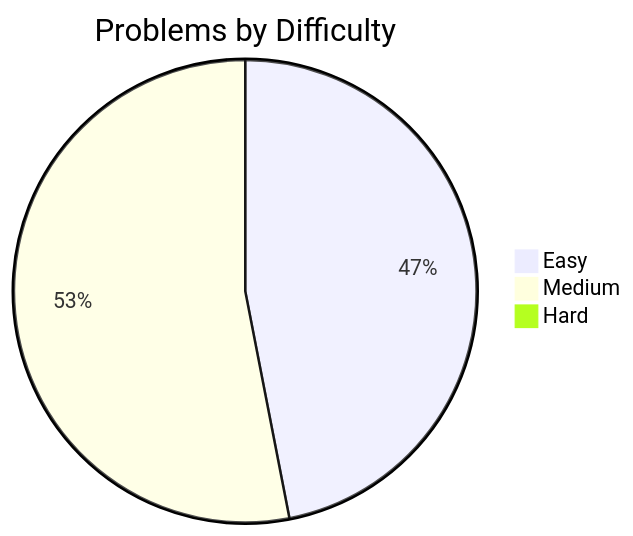
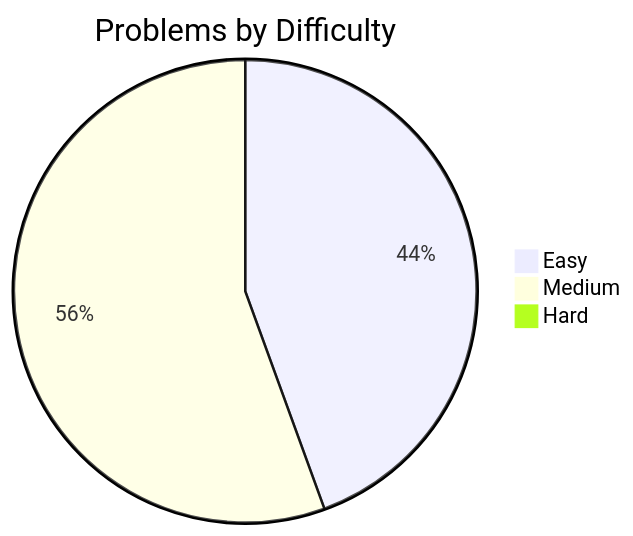
The first of 2 diagrams in readme.md (Jasjeet-Singh-S/100-days-DSA), drawn with Mermaid before and after one commit. The commit also changed other lines of this file and 3 other files, not shown here.

````diff
--- a/readme.md
+++ b/readme.md
@@ -19,6 +19,6 @@
 ```mermaid
 pie title Problems by Difficulty
-    "Easy" : 23
-    "Medium" : 26
+    "Easy" : 44
+    "Medium" : 55
     "Hard" : 0
 ```
````
